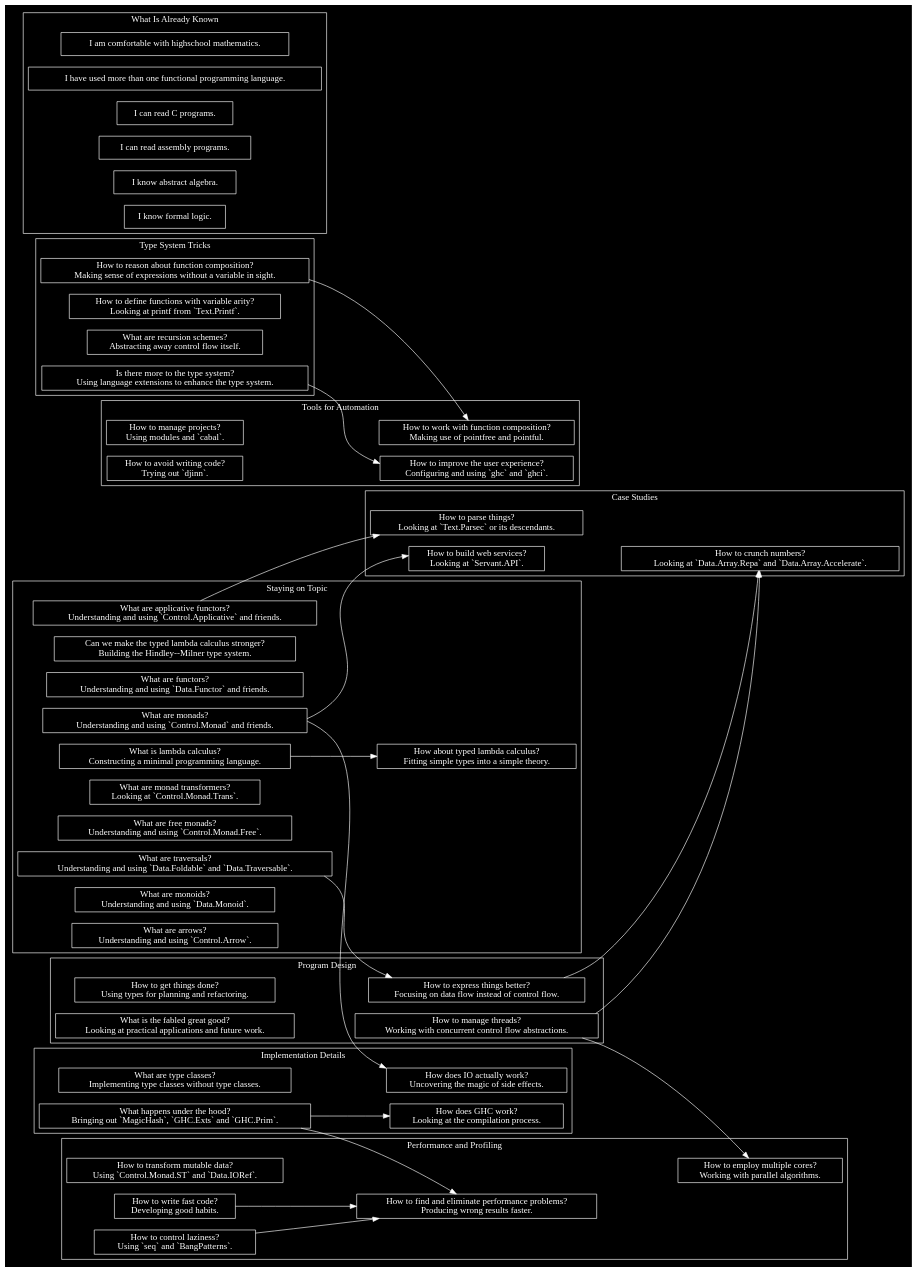
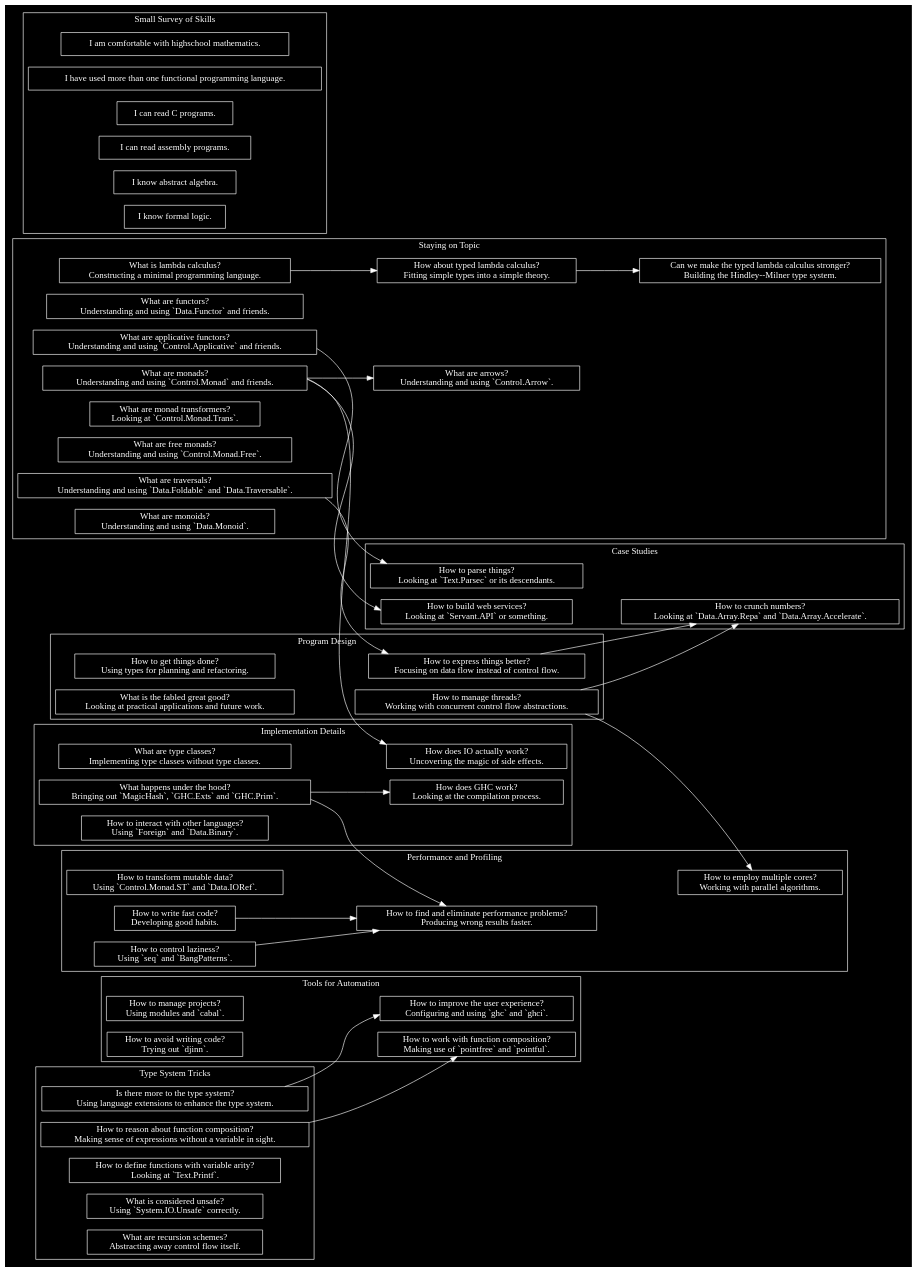
One commit to Tuplanolla/voting-topics changed the diagram in topics.dot. Above: the diagram before and after it, drawn with Graphviz.

Commit message:
Arranged topics.

```diff
--- a/topics.dot
+++ b/topics.dot
@@ -1,113 +1,117 @@
 digraph topics {
   graph [bgcolor=black, color=white, fontcolor=white]
   node [bgcolor=black, color=white, fontcolor=white]
   edge [bgcolor=black, color=white, fontcolor=white]
 
   newrank=true
   rankdir=LR
   node [shape=box]
+
+  subgraph cluster_automation {
+    label="Tools for Automation"
+    ghc [label="How to improve the user experience?\nConfiguring and using `ghc` and `ghci`."]
+    cabal [label="How to manage projects?\nUsing modules and `cabal`."]
+    pointfree [label="How to work with function composition?\nMaking use of `pointfree` and `pointful`."]
+    djinn [label="How to avoid writing code?\nTrying out `djinn`."]
+  }
+
+  subgraph cluster_cases {
+    label="Case Studies"
+    parsec [label="How to parse things?\nLooking at `Text.Parsec` or its descendants."]
+    repa [label="How to crunch numbers?\nLooking at `Data.Array.Repa` and `Data.Array.Accelerate`."]
+    servant [label="How to build web services?\nLooking at `Servant.API` or something."]
+  }
+
+  subgraph cluster_design {
+    label="Program Design"
+    plan [label="How to get things done?\nUsing types for planning and refactoring."]
+    concurrent [label="How to manage threads?\nWorking with concurrent control flow abstractions."]
+    flow [label="How to express things better?\nFocusing on data flow instead of control flow."]
+    work [label="What is the fabled great good?\nLooking at practical applications and future work."]
+  }
+
+  subgraph cluster_implementation {
+    label="Implementation Details"
+    classes [label="What are type classes?\nImplementing type classes without type classes."]
+    io [label="How does IO actually work?\nUncovering the magic of side effects."]
+    prim [label="What happens under the hood?\nBringing out `MagicHash`, `GHC.Exts` and `GHC.Prim`."]
+    core [label="How does GHC work?\nLooking at the compilation process."]
+    foreign [label="How to interact with other languages?\nUsing `Foreign` and `Data.Binary`."]
+  }
+
+  subgraph cluster_performance {
+    label="Performance and Profiling"
+    mutable [label="How to transform mutable data?\nUsing `Control.Monad.ST` and `Data.IORef`."]
+    habits [label="How to write fast code?\nDeveloping good habits."]
+    seq [label="How to control laziness?\nUsing `seq` and `BangPatterns`."]
+    parallel [label="How to employ multiple cores?\nWorking with parallel algorithms."]
+    prof [label="How to find and eliminate performance problems?\nProducing wrong results faster."]
+  }
 
   subgraph cluster_topical {
     label="Staying on Topic"
     lc
     [label="What is lambda calculus?\nConstructing a minimal programming language."]
     stlc [label="How about typed lambda calculus?\nFitting simple types into a simple theory."]
     hm [label="Can we make the typed lambda calculus stronger?\nBuilding the Hindley--Milner type system."]
     functors
     [label="What are functors?\nUnderstanding and using `Data.Functor` and friends."]
     applicatives
     [label="What are applicative functors?\nUnderstanding and using `Control.Applicative` and friends."]
     monads
     [label="What are monads?\nUnderstanding and using `Control.Monad` and friends."]
     mt
     [label="What are monad transformers?\nLooking at `Control.Monad.Trans`."]
     free
     [label="What are free monads?\nUnderstanding and using `Control.Monad.Free`."]
     traversals [label="What are traversals?\nUnderstanding and using `Data.Foldable` and `Data.Traversable`."]
     monoids [label="What are monoids?\nUnderstanding and using `Data.Monoid`."]
     arrows [label="What are arrows?\nUnderstanding and using `Control.Arrow`."]
   }
 
-  subgraph cluster_cases {
-    label="Case Studies"
-    parsec [label="How to parse things?\nLooking at `Text.Parsec` or its descendants."]
-    repa [label="How to crunch numbers?\nLooking at `Data.Array.Repa` and `Data.Array.Accelerate`."]
-    servant [label="How to build web services?\nLooking at `Servant.API`."]
-  }
-
-  subgraph cluster_design {
-    label="Program Design"
-    plan [label="How to get things done?\nUsing types for planning and refactoring."]
-    flow [label="How to express things better?\nFocusing on data flow instead of control flow."]
-    concurrent [label="How to manage threads?\nWorking with concurrent control flow abstractions."]
-    work [label="What is the fabled great good?\nLooking at practical applications and future work."]
-  }
-
   subgraph cluster_tricks {
     label="Type System Tricks"
     composition [label="How to reason about function composition?\nMaking sense of expressions without a variable in sight."]
-    printf [label="How to define functions with variable arity?\nLooking at printf from `Text.Printf`."]
+    extensions [label="Is there more to the type system?\nUsing language extensions to enhance the type system."]
+    printf [label="How to define functions with variable arity?\nLooking at `Text.Printf`."]
+    unsafe [label="What is considered unsafe?\nUsing `System.IO.Unsafe` correctly."]
     schemes [label="What are recursion schemes?\nAbstracting away control flow itself."]
-    extensions [label="Is there more to the type system?\nUsing language extensions to enhance the type system."]
-  }
-
-  subgraph cluster_performance {
-    label="Performance and Profiling"
-    mutable [label="How to transform mutable data?\nUsing `Control.Monad.ST` and `Data.IORef`."]
-    habits [label="How to write fast code?\nDeveloping good habits."]
-    seq [label="How to control laziness?\nUsing `seq` and `BangPatterns`."]
-    parallel [label="How to employ multiple cores?\nWorking with parallel algorithms."]
-    prof [label="How to find and eliminate performance problems?\nProducing wrong results faster."]
-  }
-
-  subgraph cluster_automation {
-    label="Tools for Automation"
-    ghc [label="How to improve the user experience?\nConfiguring and using `ghc` and `ghci`."]
-    cabal [label="How to manage projects?\nUsing modules and `cabal`."]
-    pointfree [label="How to work with function composition?\nMaking use of pointfree and pointful."]
-    djinn [label="How to avoid writing code?\nTrying out `djinn`."]
-  }
-
-  subgraph cluster_implementation {
-    label="Implementation Details"
-    classes [label="What are type classes?\nImplementing type classes without type classes."]
-    io [label="How does IO actually work?\nUncovering the magic of side effects."]
-    core [label="How does GHC work?\nLooking at the compilation process."]
-    prim [label="What happens under the hood?\nBringing out `MagicHash`, `GHC.Exts` and `GHC.Prim`."]
   }
 
   /*
   subgraph cluster_theory {
     label="Type Theory (Not on This Course)"
     cardinal [label="Why calculate type inhabitants?\nPutting cardinal space into good use."]
     dependent [label="Is there more to types?\nThinking about linear and dependent types."]
     proofs [label="How to prove and check theorems?\nWorking with Coq."]
     foundations [label="How deep does it go?\nGetting lost in axiomatic systems of mathematical foundations."]
   }
   */
 
   subgraph cluster_skills {
-    label="What Is Already Known"
+    label="Small Survey of Skills"
     hsm [label="I am comfortable with highschool mathematics."]
     fp [label="I have used more than one functional programming language."]
     c [label="I can read C programs."]
     assembly [label="I can read assembly programs."]
     algebra [label="I know abstract algebra."]
     logic [label="I know formal logic."]
   }
 
   lc -> stlc
-  concurrent -> parallel
+  stlc -> hm
   applicatives -> parsec
+  monads -> arrows
   monads -> io
   monads -> servant
   traversals -> flow
+  extensions -> ghc
+  concurrent -> parallel
+  concurrent -> repa
   flow -> repa
   habits -> prof
-  extensions -> ghc
   seq -> prof
+  composition -> pointfree
   prim -> prof
   prim -> core
-  concurrent -> repa
-  composition -> pointfree
 }
```
